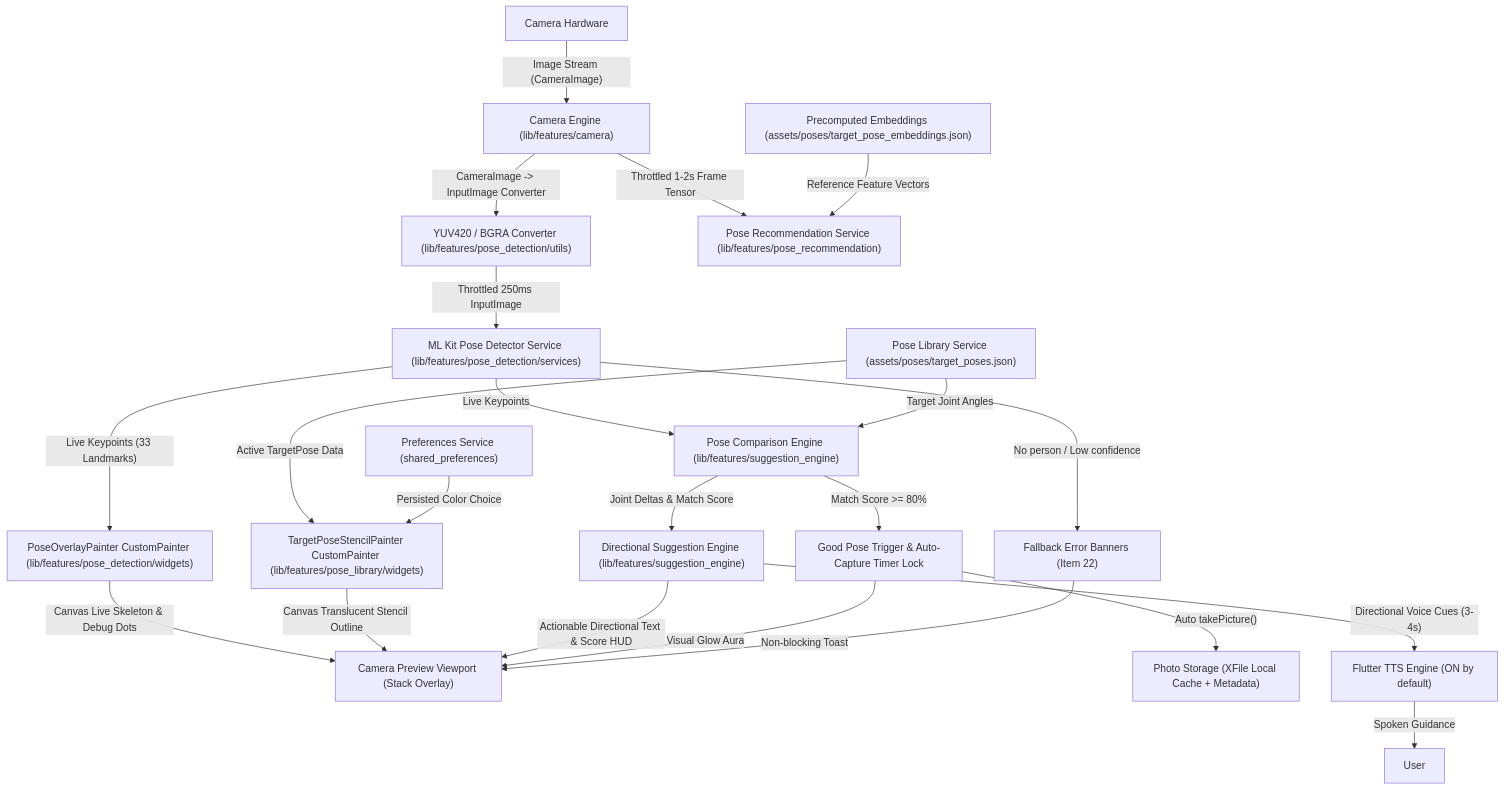
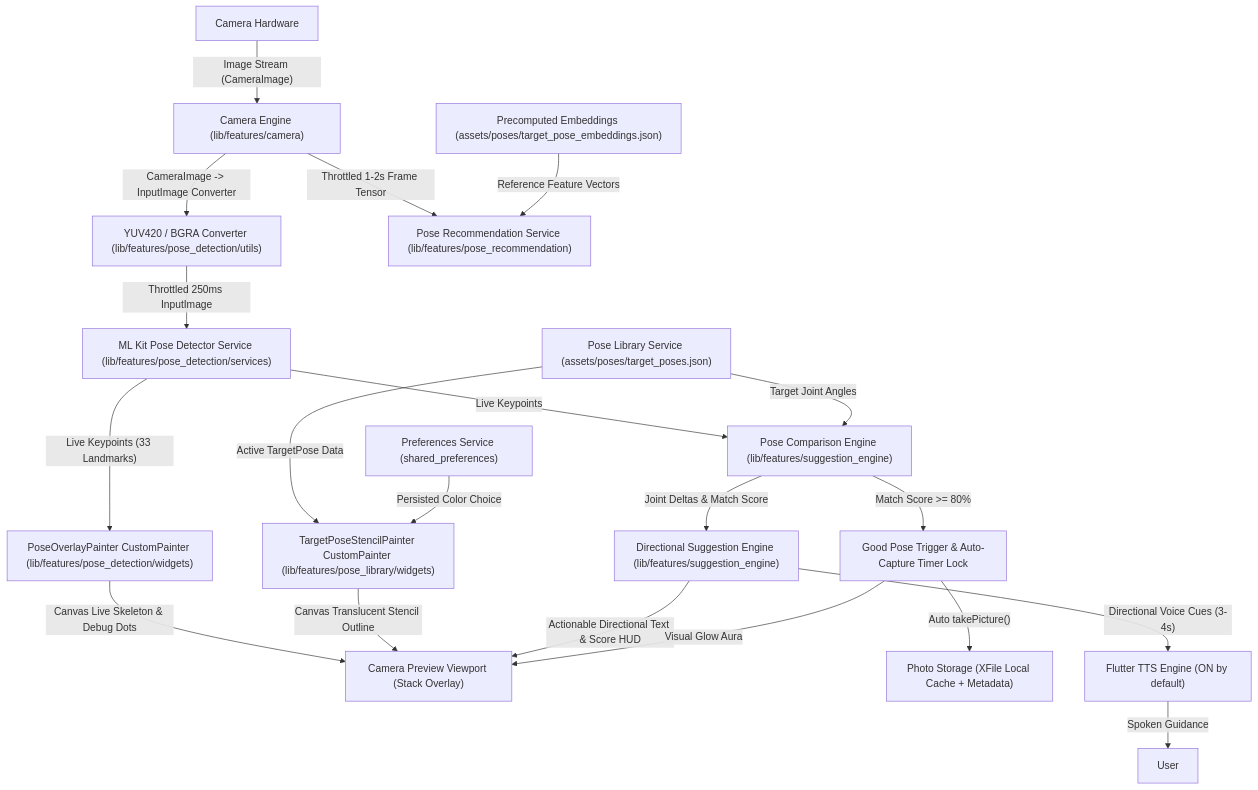
One commit to shubham814026/pose-suggetion changed the diagram in DOCUMENTATION.md. Above: the diagram before and after it, drawn with Mermaid. The commit also changed other lines of this file and 56 other files, not shown here.

````diff
--- a/DOCUMENTATION.md
+++ b/DOCUMENTATION.md
@@ -33,32 +59,29 @@
 ```mermaid
 graph TD
     A["Camera Hardware"] -->|"Image Stream (CameraImage)"| B["Camera Engine (lib/features/camera)"]
     B -->|"CameraImage -> InputImage Converter"| M["YUV420 / BGRA Converter (lib/features/pose_detection/utils)"]
     M -->|"Throttled 250ms InputImage"| C["ML Kit Pose Detector Service (lib/features/pose_detection/services)"]
     
     C -->|"Live Keypoints (33 Landmarks)"| G["PoseOverlayPainter CustomPainter (lib/features/pose_detection/widgets)"]
     G -->|"Canvas Live Skeleton & Debug Dots"| I["Camera Preview Viewport (Stack Overlay)"]
 
     PL["Pose Library Service (assets/poses/target_poses.json)"] -->|"Active TargetPose Data"| ST["TargetPoseStencilPainter CustomPainter (lib/features/pose_library/widgets)"]
     ST -->|"Canvas Translucent Stencil Outline"| I
 
     PS["Preferences Service (shared_preferences)"] -->|"Persisted Color Choice"| ST
 
     B -->|"Throttled 1-2s Frame Tensor"| PR["Pose Recommendation Service (lib/features/pose_recommendation)"]
     EMB["Precomputed Embeddings (assets/poses/target_pose_embeddings.json)"] -->|"Reference Feature Vectors"| PR
 
     C -->|"Live Keypoints"| CE["Pose Comparison Engine (lib/features/suggestion_engine)"]
     PL -->|"Target Joint Angles"| CE
     CE -->|"Joint Deltas & Match Score"| SE["Directional Suggestion Engine (lib/features/suggestion_engine)"]
     SE -->|"Actionable Directional Text & Score HUD"| I
 
     CE -->|"Match Score >= 80%"| GP["Good Pose Trigger & Auto-Capture Timer Lock"]
     GP -->|"Auto takePicture()"| K["Photo Storage (XFile Local Cache + Metadata)"]
     GP -->|Visual Glow Aura| I
 
-    C -->|"No person / Low confidence"| ERR["Fallback Error Banners (Item 22)"]
-    ERR -->|Non-blocking Toast| I
-
     SE -->|"Directional Voice Cues (3-4s)"| H["Flutter TTS Engine (ON by default)"]
     H -->|"Spoken Guidance"| J["User"]
 ```
````
